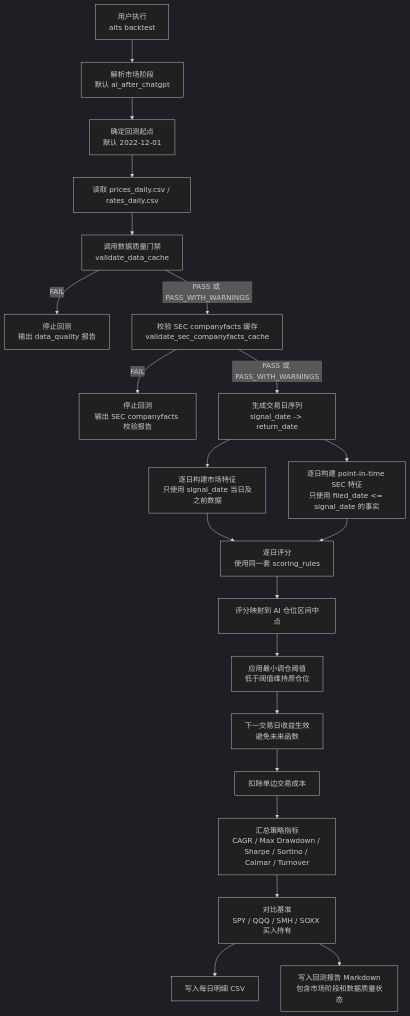
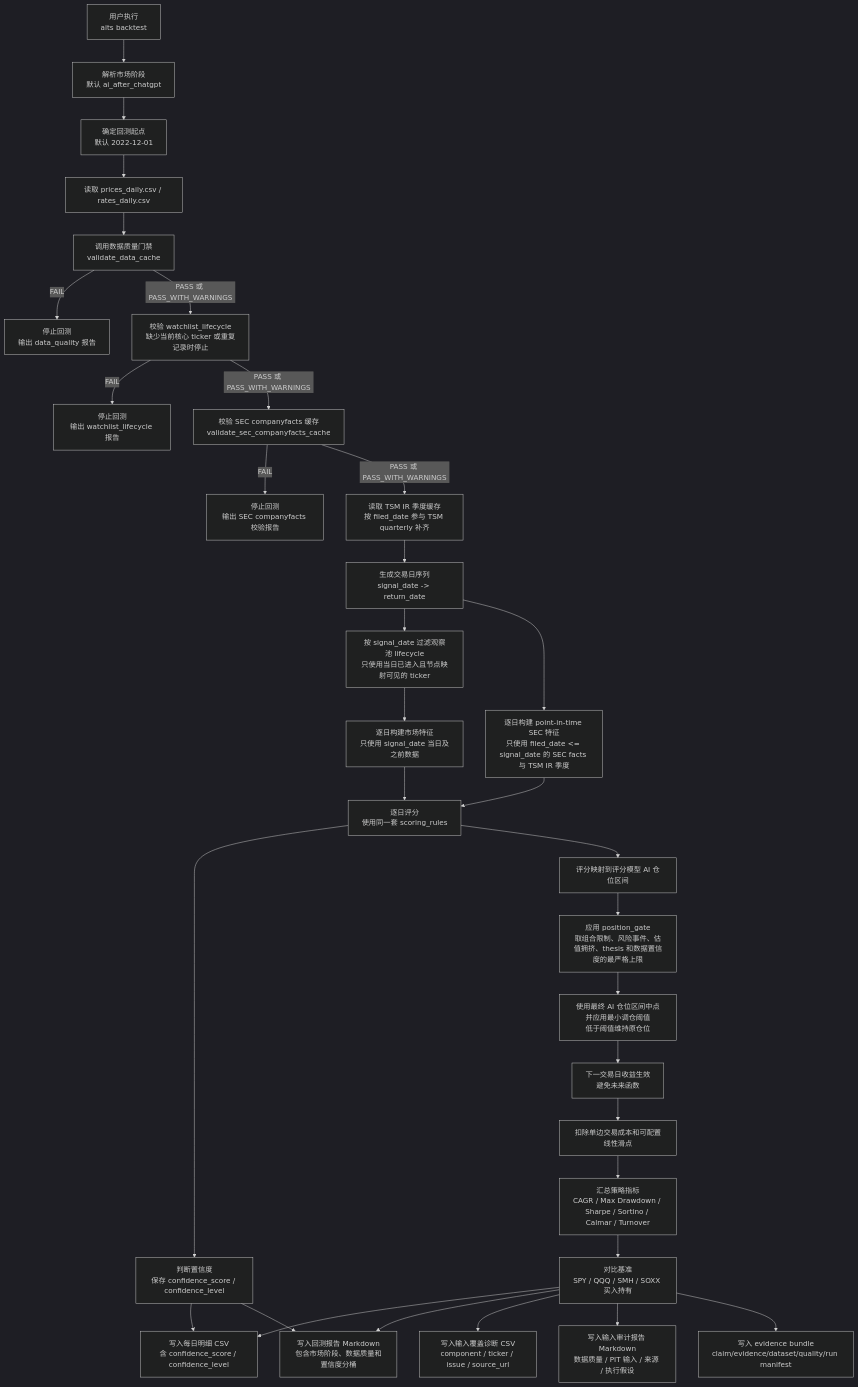
Before and after one commit to AI-Trading-Collaboration/AITradingSystem: the third of 6 diagrams in docs/system_flow.md, drawn with Mermaid (dark theme). The commit also changed other lines of this file and 61 other files, not shown here.

````diff
--- a/docs/system_flow.md
+++ b/docs/system_flow.md
@@ -300,23 +453,34 @@
 ```mermaid
 flowchart TD
     A["用户执行<br/>aits backtest"] --> B["解析市场阶段<br/>默认 ai_after_chatgpt"]
     B --> C["确定回测起点<br/>默认 2022-12-01"]
     C --> D["读取 prices_daily.csv / rates_daily.csv"]
     D --> E["调用数据质量门禁<br/>validate_data_cache"]
     E -->|FAIL| F["停止回测<br/>输出 data_quality 报告"]
-    E -->|PASS 或 PASS_WITH_WARNINGS| S1["校验 SEC companyfacts 缓存<br/>validate_sec_companyfacts_cache"]
+    E -->|PASS 或 PASS_WITH_WARNINGS| W0["校验 watchlist_lifecycle<br/>缺少当前核心 ticker 或重复记录时停止"]
+    W0 -->|FAIL| WF["停止回测<br/>输出 watchlist_lifecycle 报告"]
+    W0 -->|PASS 或 PASS_WITH_WARNINGS| S1["校验 SEC companyfacts 缓存<br/>validate_sec_companyfacts_cache"]
     S1 -->|FAIL| S2["停止回测<br/>输出 SEC companyfacts 校验报告"]
-    S1 -->|PASS 或 PASS_WITH_WARNINGS| G["生成交易日序列<br/>signal_date -> return_date"]
-    G --> H["逐日构建市场特征<br/>只使用 signal_date 当日及之前数据"]
-    G --> H2["逐日构建 point-in-time SEC 特征<br/>只使用 filed_date <= signal_date 的事实"]
+    S1 -->|PASS 或 PASS_WITH_WARNINGS| TSM["读取 TSM IR 季度缓存<br/>按 filed_date 参与 TSM quarterly 补齐"]
+    TSM --> G["生成交易日序列<br/>signal_date -> return_date"]
+    G --> WL0["按 signal_date 过滤观察池 lifecycle<br/>只使用当日已进入且节点映射可见的 ticker"]
+    WL0 --> H["逐日构建市场特征<br/>只使用 signal_date 当日及之前数据"]
+    G --> H2["逐日构建 point-in-time SEC 特征<br/>只使用 filed_date <= signal_date 的 SEC facts 与 TSM IR 季度"]
     H --> I["逐日评分<br/>使用同一套 scoring_rules"]
     H2 --> I
-    I --> J["评分映射到 AI 仓位区间中点"]
-    J --> K["应用最小调仓阈值<br/>低于阈值维持原仓位"]
+    I --> C0["判断置信度<br/>保存 confidence_score / confidence_level"]
+    I --> J["评分映射到评分模型 AI 仓位区间"]
+    J --> PG["应用 position_gate<br/>取组合限制、风险事件、估值拥挤、thesis 和数据置信度的最严格上限"]
+    PG --> K["使用最终 AI 仓位区间中点并应用最小调仓阈值<br/>低于阈值维持原仓位"]
     K --> L["下一交易日收益生效<br/>避免未来函数"]
-    L --> M["扣除单边交易成本"]
+    L --> M["扣除单边交易成本和可配置线性滑点"]
     M --> N["汇总策略指标<br/>CAGR / Max Drawdown / Sharpe / Sortino / Calmar / Turnover"]
     N --> O["对比基准<br/>SPY / QQQ / SMH / SOXX 买入持有"]
-    O --> P["写入每日明细 CSV"]
-    O --> Q["写入回测报告 Markdown<br/>包含市场阶段和数据质量状态"]
+    C0 --> P["写入每日明细 CSV<br/>含 confidence_score / confidence_level"]
+    O --> P
+    O --> Q["写入回测报告 Markdown<br/>包含市场阶段、数据质量和置信度分桶"]
+    C0 --> Q
+    O --> R["写入输入覆盖诊断 CSV<br/>component / ticker / issue / source_url"]
+    O --> S["写入输入审计报告 Markdown<br/>数据质量 / PIT 输入 / 来源 / 执行假设"]
+    O --> T["写入 evidence bundle<br/>claim/evidence/dataset/quality/run manifest"]
 ```
````
